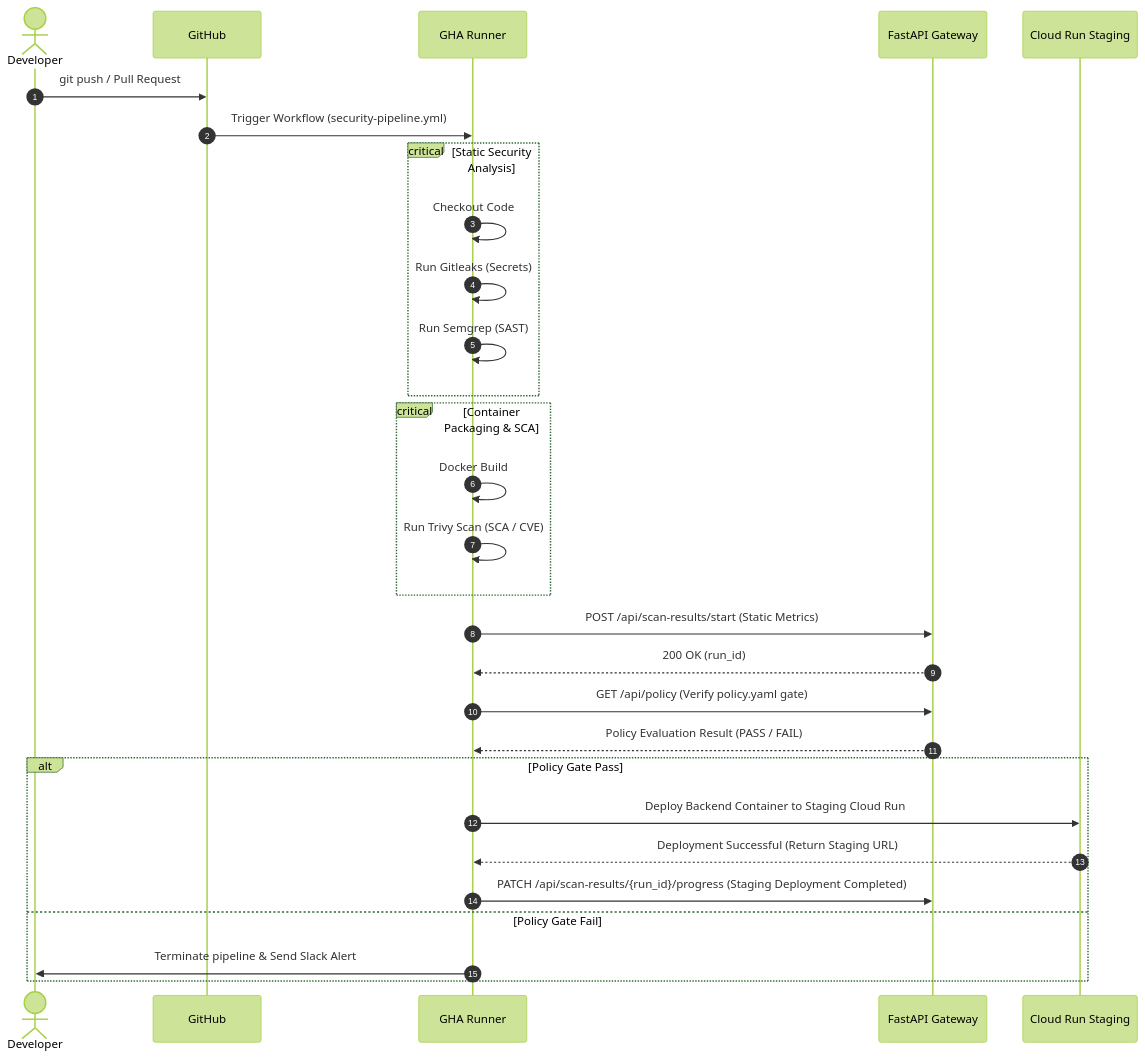
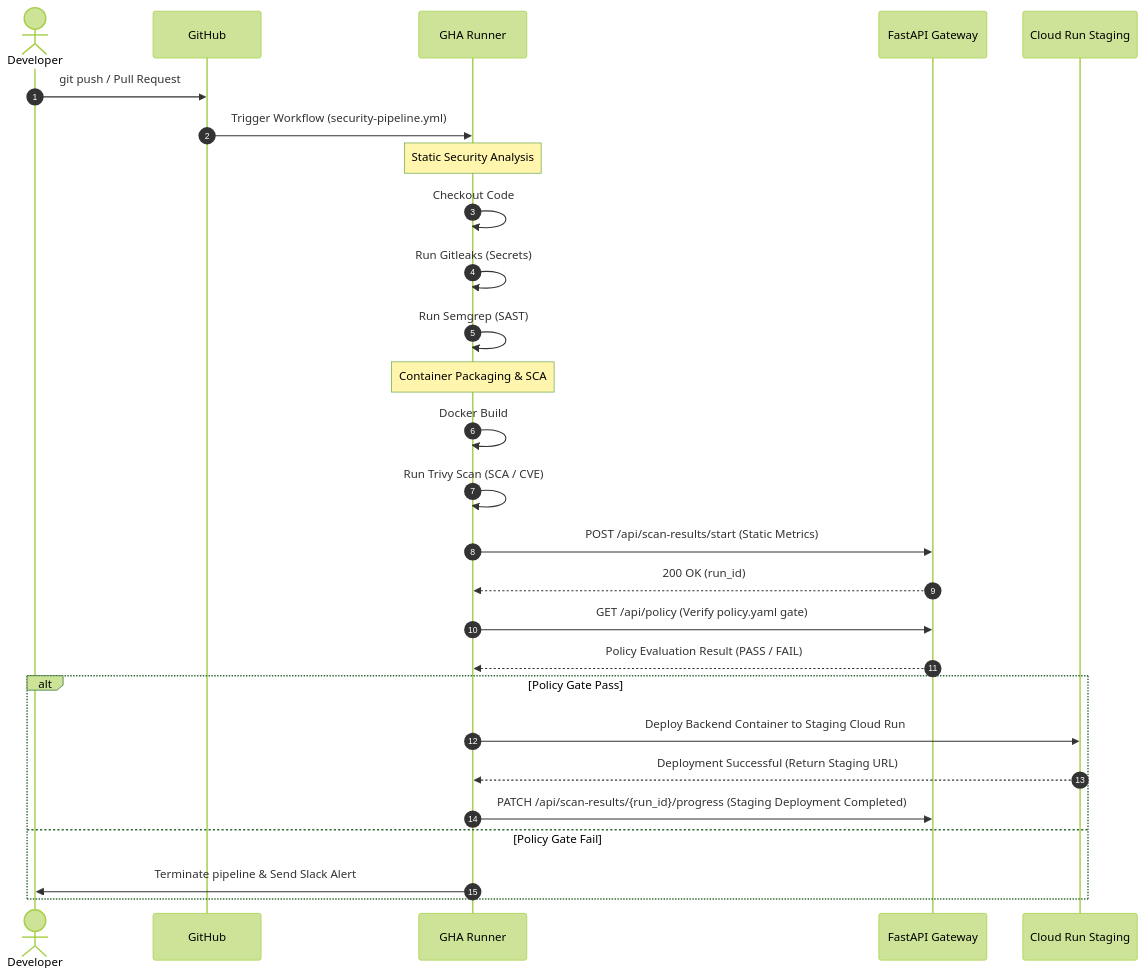
Before and after one commit to abhienix/SecureFlow: the second of 5 diagrams in README.md, drawn with Mermaid (forest theme). The commit also changed other lines of this file and 2 other files, not shown here.

Commit message:
docs: remove duplicate diagram files and fix sequence/flowchart Mermaid syntax errors in README

````diff
--- a/README.md
+++ b/README.md
@@ -160,37 +183,35 @@
 ```mermaid
 sequenceDiagram
     autonumber
     actor Developer
     participant GitHub
     participant Runner as GHA Runner
     participant Backend as FastAPI Gateway
     participant Staging as Cloud Run Staging
 
     Developer->>GitHub: git push / Pull Request
     GitHub->>Runner: Trigger Workflow (security-pipeline.yml)
     
-    critical Static Security Analysis
-        Runner->>Runner: Checkout Code
-        Runner->>Runner: Run Gitleaks (Secrets)
-        Runner->>Runner: Run Semgrep (SAST)
-    end
+    Note over Runner: Static Security Analysis
+    Runner->>Runner: Checkout Code
+    Runner->>Runner: Run Gitleaks (Secrets)
+    Runner->>Runner: Run Semgrep (SAST)
 
-    critical Container Packaging & SCA
-        Runner->>Runner: Docker Build
-        Runner->>Runner: Run Trivy Scan (SCA / CVE)
-    end
+    Note over Runner: Container Packaging & SCA
+    Runner->>Runner: Docker Build
+    Runner->>Runner: Run Trivy Scan (SCA / CVE)
 
     Runner->>Backend: POST /api/scan-results/start (Static Metrics)
     Backend-->>Runner: 200 OK (run_id)
 
     Runner->>Backend: GET /api/policy (Verify policy.yaml gate)
     Backend-->>Runner: Policy Evaluation Result (PASS / FAIL)
 
     alt Policy Gate Pass
         Runner->>Staging: Deploy Backend Container to Staging Cloud Run
         Staging-->>Runner: Deployment Successful (Return Staging URL)
         Runner->>Backend: PATCH /api/scan-results/{run_id}/progress (Staging Deployment Completed)
     else Policy Gate Fail
         Runner->>Developer: Terminate pipeline & Send Slack Alert
     end
 ```
````
